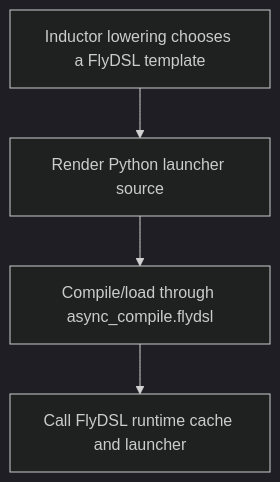
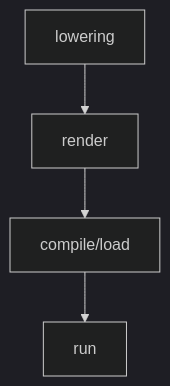
Before and after one commit to XiaobingSuper/FlyDSL: the fourth of 5 diagrams in docs/pytorch_integration_rfc.md, drawn with Mermaid (dark theme). The commit also changed other lines of this file and 1 other file, not shown here.

First line of the commit message:
[Docs] Add PyTorch source links

````diff
--- a/docs/pytorch_integration_rfc.md
+++ b/docs/pytorch_integration_rfc.md
@@ -306,6 +306,6 @@
 ```mermaid
 flowchart TB
-    A["Inductor lowering chooses a FlyDSL template"] --> B["Render Python launcher source"]
-    B --> C["Compile/load through async_compile.flydsl"]
-    C --> D["Call FlyDSL runtime cache and launcher"]
+    A["lowering"] --> B["render"]
+    B --> C["compile/load"]
+    C --> D["run"]
 ```
````
